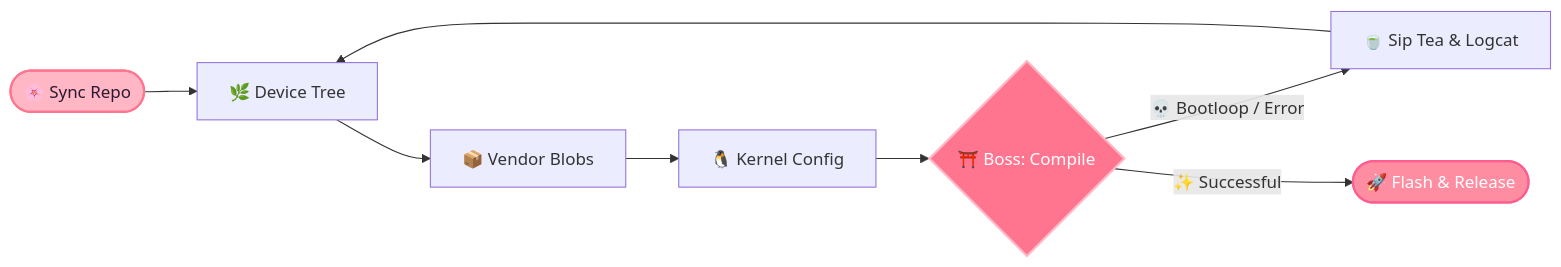
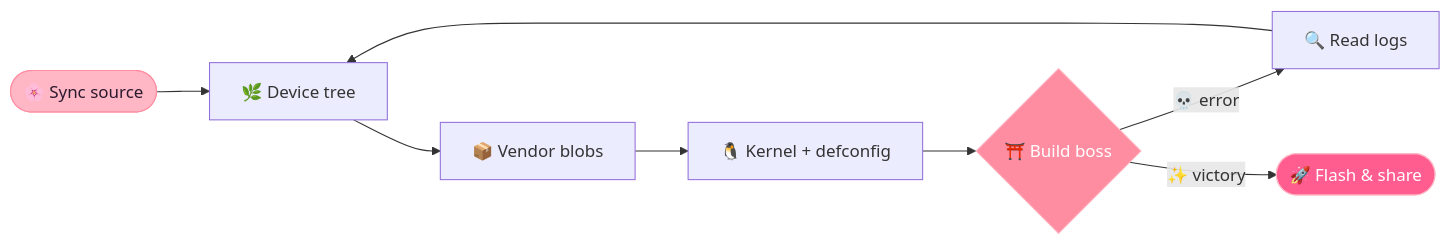
The diagram in README.md (Huy7684/Huy7684), drawn with Mermaid before and after one commit. The commit also changed other lines of this file, not shown here.

````diff
--- a/README.md
+++ b/README.md
@@ -58,13 +44,13 @@
 ```mermaid
 flowchart LR
-    A([🌸 Sync Repo]) --> B[🌿 Device Tree]
-    B --> C[📦 Vendor Blobs]
-    C --> D[🐧 Kernel Config]
-    D --> E{⛩️ Boss: Compile}
-    E -->|💀 Bootloop / Error| F[🍵 Sip Tea & Logcat]
+    A([🌸 Sync source]) --> B[🌿 Device tree]
+    B --> C[📦 Vendor blobs]
+    C --> D[🐧 Kernel + defconfig]
+    D --> E{⛩️ Build boss}
+    E -->|💀 error| F[🔍 Read logs]
     F --> B
-    E -->|✨ Successful| G([🚀 Flash & Release])
-    style A fill:#FFB7C5,stroke:#FF758F,color:#2B192E,stroke-width:2px
-    style E fill:#FF758F,stroke:#FFB7C5,color:#ffffff,stroke-width:2px
-    style G fill:#FF8DA1,stroke:#FF5D8F,color:#ffffff,stroke-width:2px
+    E -->|✨ victory| G([🚀 Flash & share])
+    style A fill:#FFB7C5,stroke:#FF8DA1,color:#2b192e
+    style E fill:#FF8DA1,stroke:#FFB7C5,color:#fff
+    style G fill:#FF5D8F,stroke:#FFB7C5,color:#fff
 ```
````
